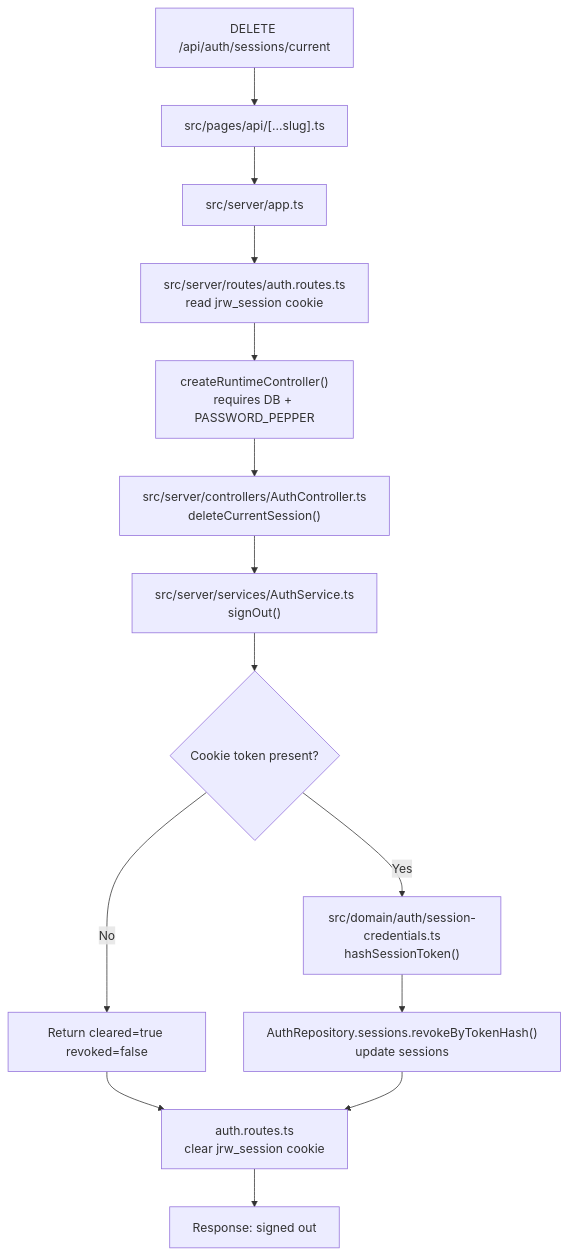
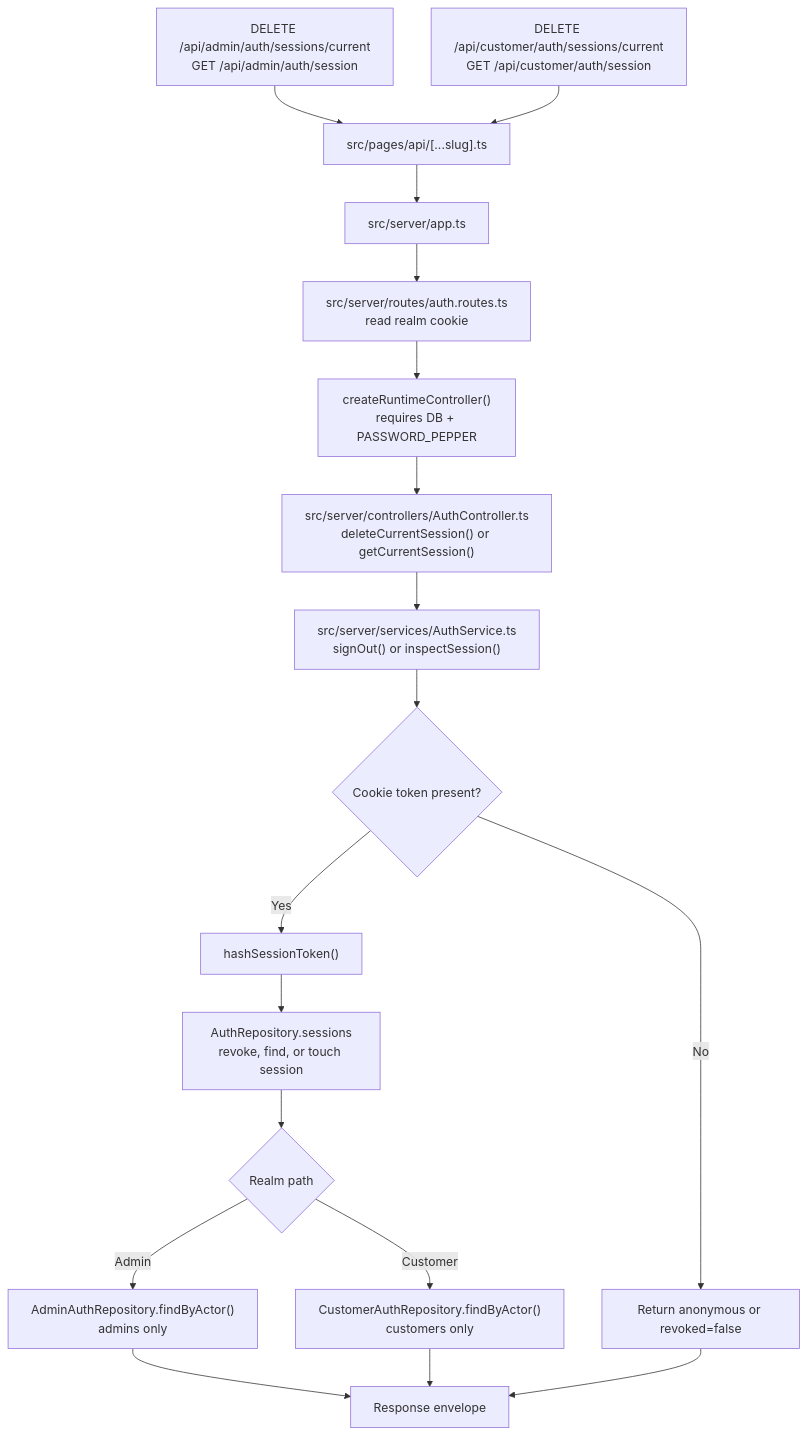
One commit to JeroTan/jrw-webapp changed the fifth of 21 diagrams in docs/api-file-flow.md. Above: the diagram before and after it, drawn with Mermaid. The commit also changed other lines of this file and 37 other files, not shown here.

Commit message:
refactor: auth sign-in

````diff
--- a/docs/api-file-flow.md
+++ b/docs/api-file-flow.md
@@ -94,16 +99,20 @@
 ```mermaid
 flowchart TD
-  A["DELETE /api/auth/sessions/current"] --> B["src/pages/api/[...slug].ts"]
+  A["DELETE /api/admin/auth/sessions/current<br/>GET /api/admin/auth/session"] --> B["src/pages/api/[...slug].ts"]
+  A2["DELETE /api/customer/auth/sessions/current<br/>GET /api/customer/auth/session"] --> B
   B --> C["src/server/app.ts"]
-  C --> D["src/server/routes/auth.routes.ts<br/>read jrw_session cookie"]
+  C --> D["src/server/routes/auth.routes.ts<br/>read realm cookie"]
   D --> E["createRuntimeController()<br/>requires DB + PASSWORD_PEPPER"]
-  E --> F["src/server/controllers/AuthController.ts<br/>deleteCurrentSession()"]
-  F --> G["src/server/services/AuthService.ts<br/>signOut()"]
+  E --> F["src/server/controllers/AuthController.ts<br/>deleteCurrentSession() or getCurrentSession()"]
+  F --> G["src/server/services/AuthService.ts<br/>signOut() or inspectSession()"]
   G --> H{"Cookie token present?"}
-  H -->|"No"| I["Return cleared=true revoked=false"]
-  H -->|"Yes"| J["src/domain/auth/session-credentials.ts<br/>hashSessionToken()"]
-  J --> K["AuthRepository.sessions.revokeByTokenHash()<br/>update sessions"]
-  I --> L["auth.routes.ts<br/>clear jrw_session cookie"]
-  K --> L
-  L --> M["Response: signed out"]
+  H -->|"No"| I["Return anonymous or revoked=false"]
+  H -->|"Yes"| J["hashSessionToken()"]
+  J --> K["AuthRepository.sessions<br/>revoke, find, or touch session"]
+  K --> L{"Realm path"}
+  L -->|"Admin"| M["AdminAuthRepository.findByActor()<br/>admins only"]
+  L -->|"Customer"| N["CustomerAuthRepository.findByActor()<br/>customers only"]
+  M --> O["Response envelope"]
+  N --> O
+  I --> O
 ```
````
